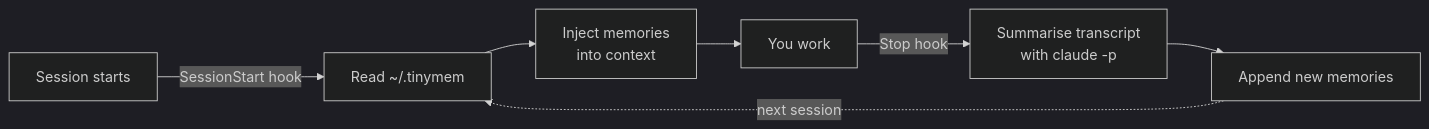
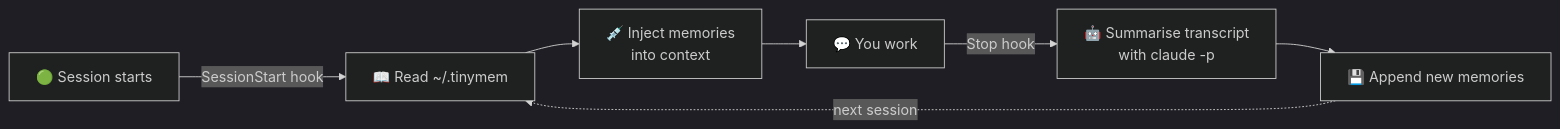
The diagram in README.md (varun642002/tinymem), drawn with Mermaid (dark theme) before and after one commit. The commit also changed other lines of this file, not shown here.

````diff
--- a/README.md
+++ b/README.md
@@ -106,9 +106,9 @@
 ```mermaid
 flowchart LR
-    A[Session starts] -->|SessionStart hook| B[Read ~/.tinymem]
-    B --> C[Inject memories<br/>into context]
-    C --> D[You work]
-    D -->|Stop hook| E[Summarise transcript<br/>with claude -p]
-    E --> F[Append new memories]
+    A[🟢 Session starts] -->|SessionStart hook| B[📖 Read ~/.tinymem]
+    B --> C[💉 Inject memories<br/>into context]
+    C --> D[💬 You work]
+    D -->|Stop hook| E[🤖 Summarise transcript<br/>with claude -p]
+    E --> F[💾 Append new memories]
     F -.->|next session| B
 ```
````
